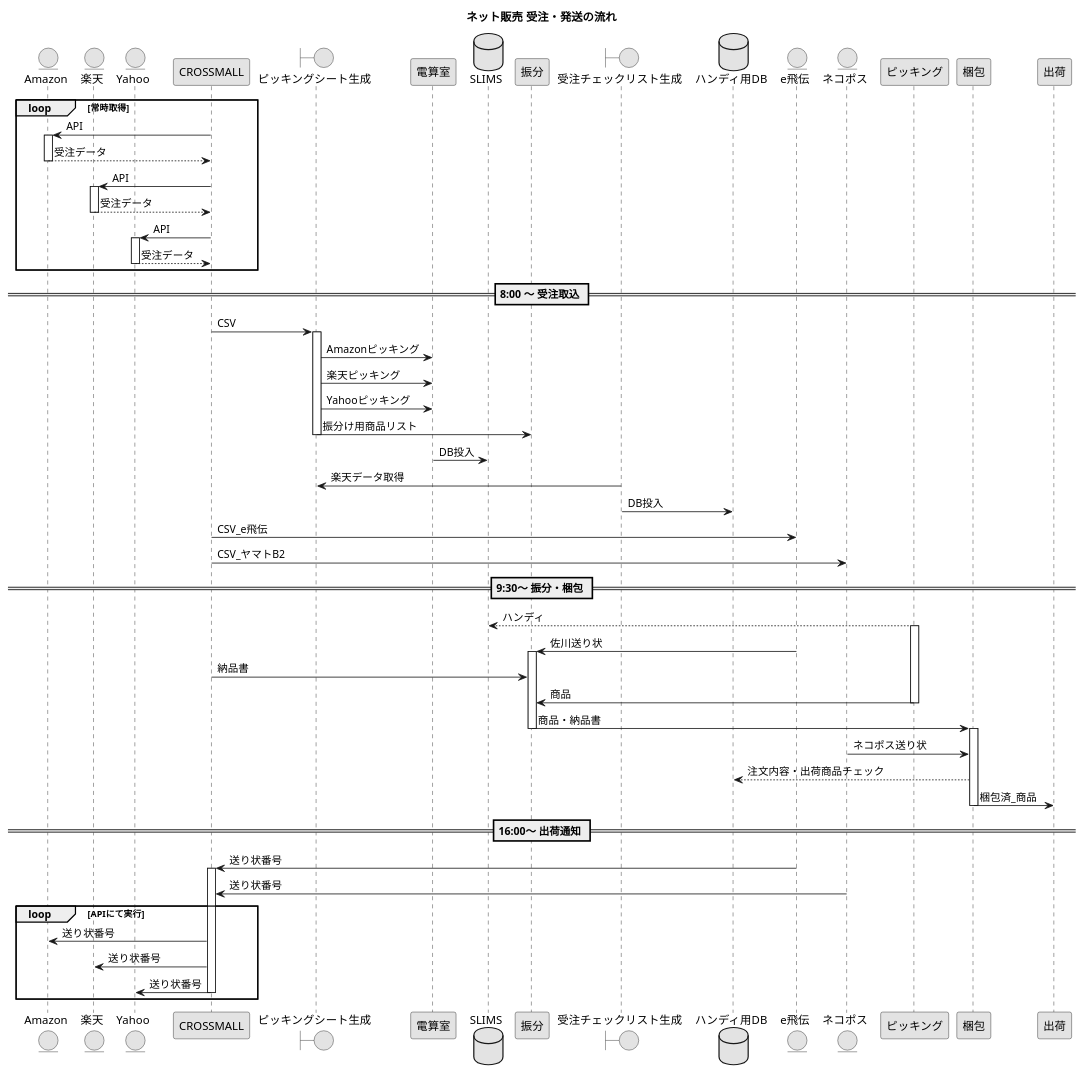
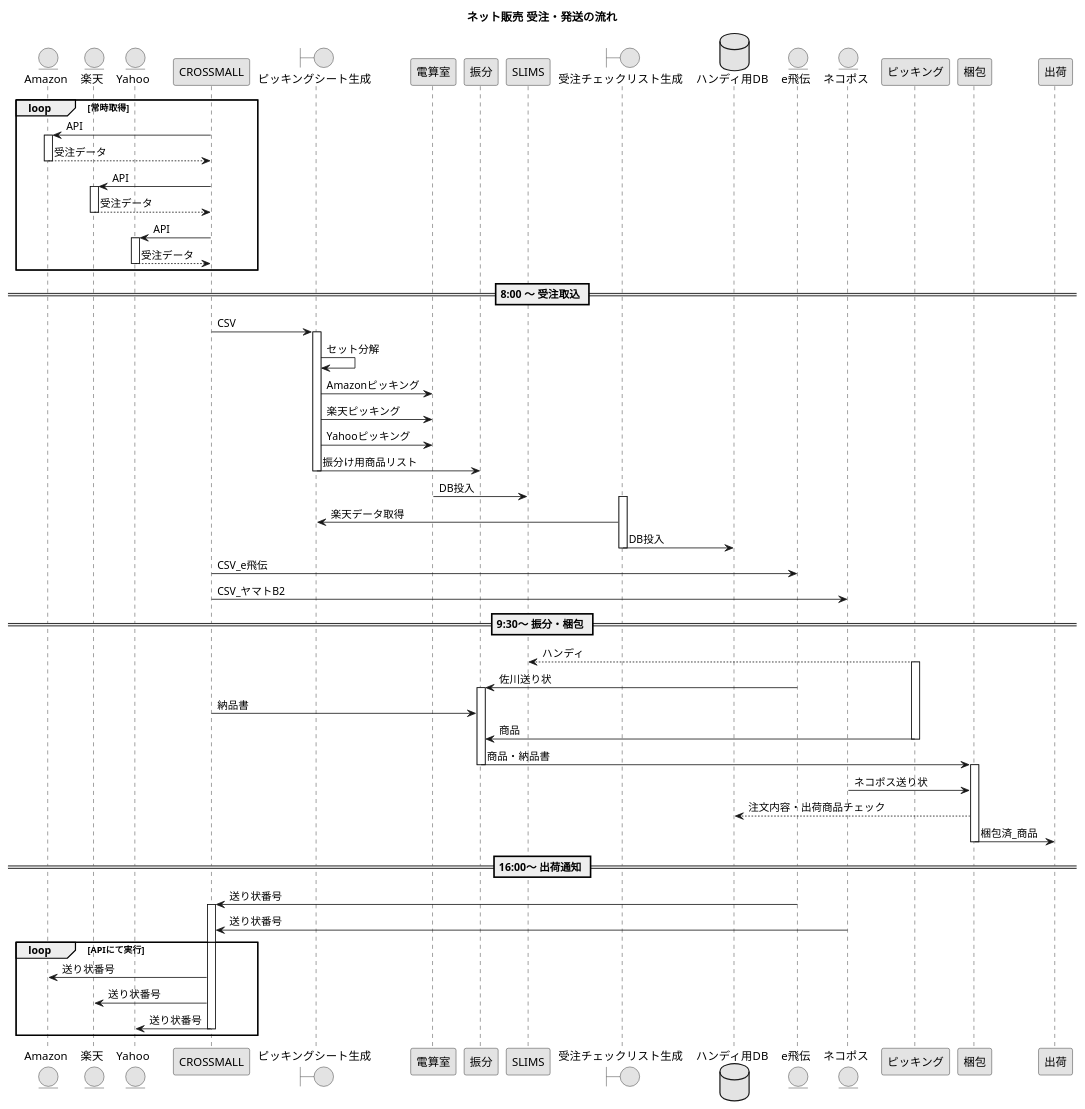
One commit to akiya64/back-yard-macros changed the diagram in recieving_orders_process.puml. Above: the diagram before and after it, drawn with PlantUML. The commit also changed 46 other files, not shown here.

```diff
--- a/recieving_orders_process.puml
+++ b/recieving_orders_process.puml
@@ -1,103 +1,109 @@
 @startuml /uml/recieving_orders_process
 
 skinparam monochrome true
 
 title ネット販売 受注・発送の流れ
 
 entity Amazon
 entity 楽天
 entity Yahoo
 
 Loop 常時取得
 
     Amazon <- CROSSMALL :API
     activate Amazon
     Amazon --> CROSSMALL :受注データ
     deactivate Amazon
 
     楽天 <- CROSSMALL : API
     activate 楽天
     楽天 --> CROSSMALL : 受注データ
     deactivate 楽天
 
     Yahoo <- CROSSMALL : API
     activate Yahoo
     Yahoo --> CROSSMALL : 受注データ
     deactivate Yahoo
 end
 
 deactivate CROSSMALL
 
 == 8:00 ～ 受注取込 ==
 
-    Boundary ピッキングシート生成
+Boundary ピッキングシート生成
+CROSSMALL -> ピッキングシート生成 : CSV
 
-    CROSSMALL -> ピッキングシート生成 : CSV
+activate ピッキングシート生成
 
-    activate ピッキングシート生成   
-        ピッキングシート生成 -> 電算室 : Amazonピッキング
-        ピッキングシート生成 -> 電算室 : 楽天ピッキング
-        ピッキングシート生成 -> 電算室 : Yahooピッキング
-        database SLIMS
-        ピッキングシート生成 -> 振分 : 振分け用商品リスト
-    deactivate ピッキングシート生成
+    ピッキングシート生成 -> ピッキングシート生成 : セット分解
 
-        電算室 -> SLIMS : DB投入
+    ピッキングシート生成 -> 電算室 : Amazonピッキング
+    ピッキングシート生成 -> 電算室 : 楽天ピッキング
+    ピッキングシート生成 -> 電算室 : Yahooピッキング
 
 
+    ピッキングシート生成 -> 振分 : 振分け用商品リスト
+
+deactivate ピッキングシート生成
+
+電算室 -> SLIMS : DB投入
     
-    Boundary 受注チェックリスト生成
+Boundary 受注チェックリスト生成
+
+activate 受注チェックリスト生成
+    ピッキングシート生成 <- 受注チェックリスト生成 : 楽天データ取得
 
     database ハンディ用DB
-    ピッキングシート生成 <- 受注チェックリスト生成 : 楽天データ取得
     受注チェックリスト生成 -> ハンディ用DB :DB投入
 
+deactivate 受注チェックリスト生成
 
-    entity e飛伝
-    entity ネコポス
+entity e飛伝
+entity ネコポス
 
-    CROSSMALL -> e飛伝 :CSV_e飛伝
-    CROSSMALL -> ネコポス :CSV_ヤマトB2
+CROSSMALL -> e飛伝 :CSV_e飛伝
+CROSSMALL -> ネコポス :CSV_ヤマトB2
 
 == 9:30～ 振分・梱包 ==
-    SLIMS <-- ピッキング : ハンディ
-    
-    activate ピッキング
 
-        e飛伝 -> 振分 : 佐川送り状
-    
+SLIMS <-- ピッキング : ハンディ
+
+activate ピッキング
+
+    e飛伝 -> 振分 : 佐川送り状
+
     activate 振分
-    
+
     CROSSMALL -> 振分 : 納品書
     ピッキング -> 振分 : 商品
-        deactivate ピッキング
 
+deactivate ピッキング
 
-        振分 -> 梱包 : 商品・納品書
-    
+    振分 -> 梱包 : 商品・納品書
+
     deactivate 振分
 
-    activate 梱包
+activate 梱包
 
-        ネコポス -> 梱包 : ネコポス送り状
+    ネコポス -> 梱包 : ネコポス送り状
+
+    ハンディ用DB <-- 梱包 : 注文内容・出荷商品チェック
+
+    梱包 -> 出荷 : 梱包済_商品
     
-        ハンディ用DB <-- 梱包 : 注文内容・出荷商品チェック
-
-        梱包 -> 出荷 : 梱包済_商品
-    
-    deactivate 梱包
+deactivate 梱包
 
 == 16:00～ 出荷通知 ==
 
-    e飛伝 -> CROSSMALL : 送り状番号
-    activate CROSSMALL
-    ネコポス -> CROSSMALL : 送り状番号
+e飛伝 -> CROSSMALL : 送り状番号
+activate CROSSMALL
+ネコポス -> CROSSMALL : 送り状番号
 
 Loop APIにて実行
     CROSSMALL -> Amazon : 送り状番号
     CROSSMALL -> 楽天 : 送り状番号
     CROSSMALL -> Yahoo : 送り状番号
     deactivate CROSSMALL
 end
 
 @enduml
```
